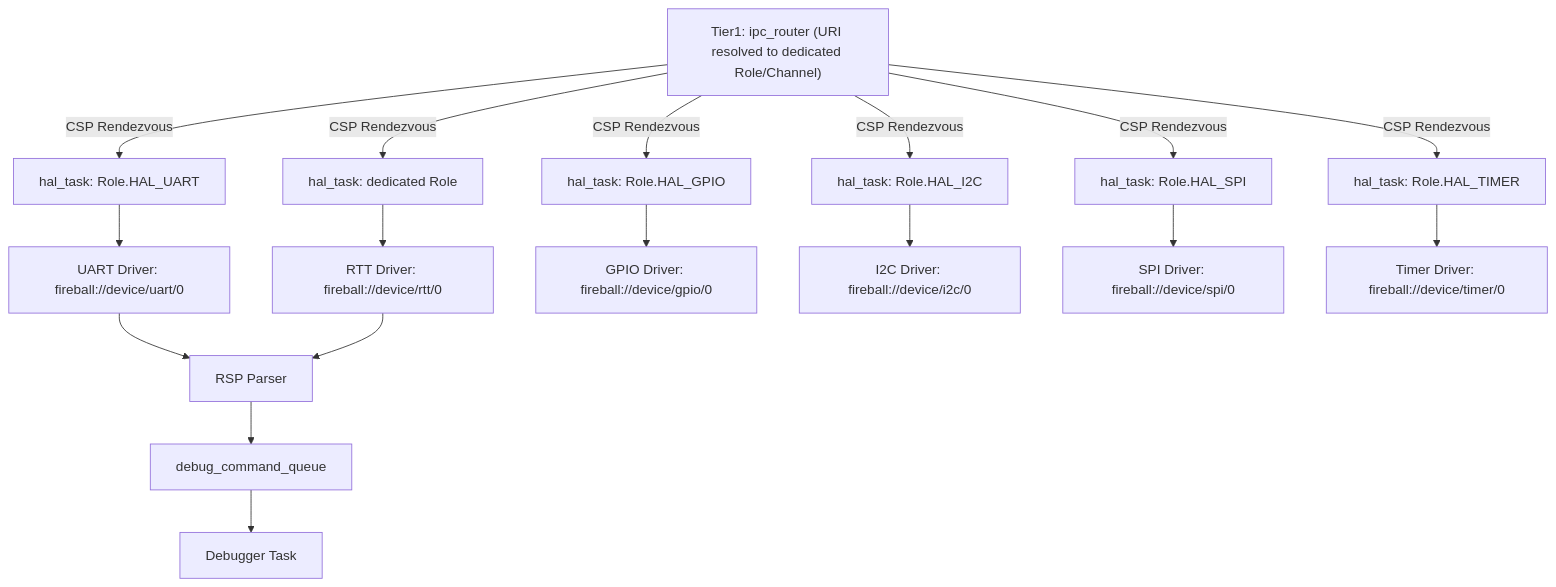
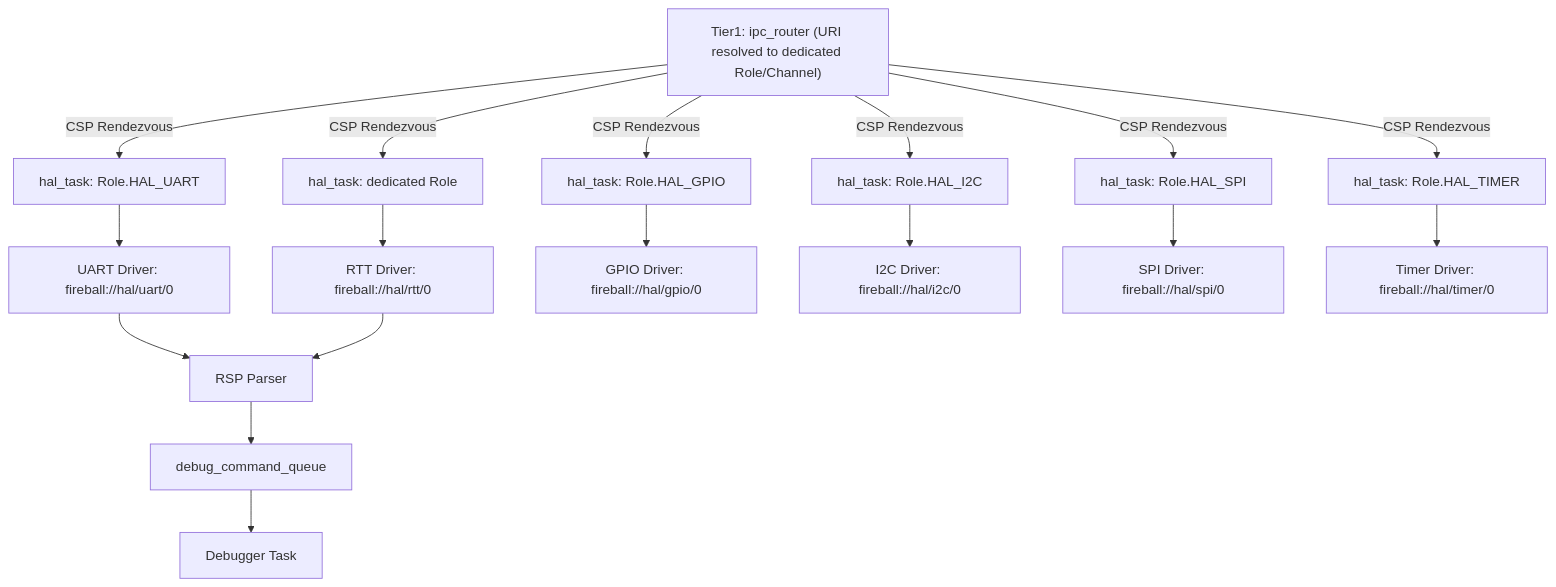
The first of 4 diagrams in docs/components/tier3_platform/platform_driver.md (kmt-t/fireball), drawn with Mermaid before and after one commit. The commit also changed other lines of this file and 70 other files, not shown here.

````diff
--- a/docs/components/tier3_platform/platform_driver.md
+++ b/docs/components/tier3_platform/platform_driver.md
@@ -26,14 +37,14 @@
 ```mermaid
 flowchart TD
     IPCR["Tier1: ipc_router (URI resolved to dedicated Role/Channel)"]
-    IPCR -->|CSP Rendezvous| T1["hal_task: Role.HAL_UART"] --> UART[UART Driver: fireball://device/uart/0]
-    IPCR -->|CSP Rendezvous| T2["hal_task: dedicated Role"] --> RTT[RTT Driver: fireball://device/rtt/0]
-    IPCR -->|CSP Rendezvous| T3["hal_task: Role.HAL_GPIO"] --> GPIO[GPIO Driver: fireball://device/gpio/0]
-    IPCR -->|CSP Rendezvous| T4["hal_task: Role.HAL_I2C"] --> I2C[I2C Driver: fireball://device/i2c/0]
-    IPCR -->|CSP Rendezvous| T5["hal_task: Role.HAL_SPI"] --> SPI[SPI Driver: fireball://device/spi/0]
-    IPCR -->|CSP Rendezvous| T6["hal_task: Role.HAL_TIMER"] --> Timer[Timer Driver: fireball://device/timer/0]
+    IPCR -->|CSP Rendezvous| T1["hal_task: Role.HAL_UART"] --> UART[UART Driver: fireball://hal/uart/0]
+    IPCR -->|CSP Rendezvous| T2["hal_task: dedicated Role"] --> RTT[RTT Driver: fireball://hal/rtt/0]
+    IPCR -->|CSP Rendezvous| T3["hal_task: Role.HAL_GPIO"] --> GPIO[GPIO Driver: fireball://hal/gpio/0]
+    IPCR -->|CSP Rendezvous| T4["hal_task: Role.HAL_I2C"] --> I2C[I2C Driver: fireball://hal/i2c/0]
+    IPCR -->|CSP Rendezvous| T5["hal_task: Role.HAL_SPI"] --> SPI[SPI Driver: fireball://hal/spi/0]
+    IPCR -->|CSP Rendezvous| T6["hal_task: Role.HAL_TIMER"] --> Timer[Timer Driver: fireball://hal/timer/0]
     UART --> RSP[RSP Parser]
     RTT --> RSP
     RSP --> Queue[debug_command_queue]
     Queue --> Debugger[Debugger Task]
 ```
````
